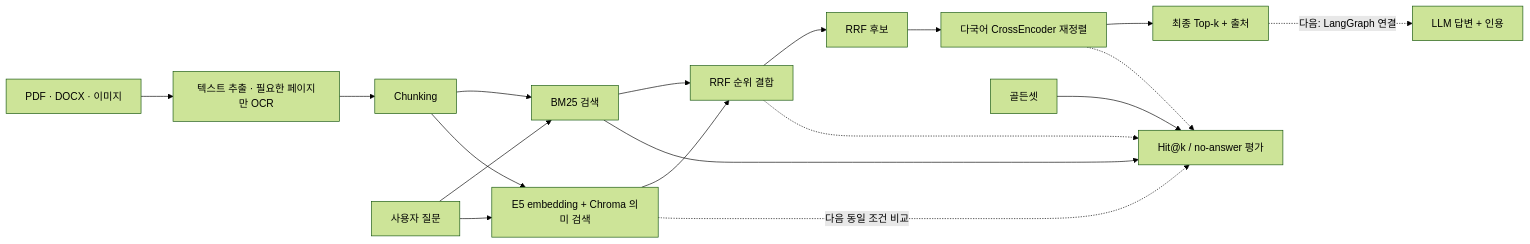
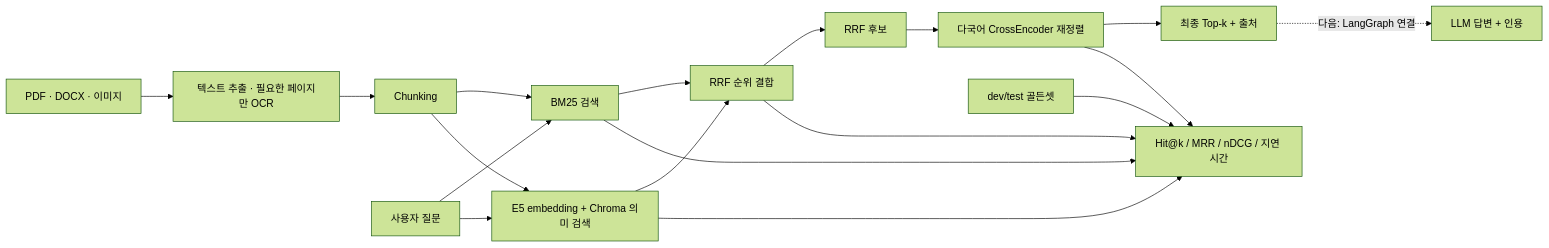
Before and after one commit to hamjinoo/gongo-rag: the diagram in README.md, drawn with Mermaid (forest theme). The commit also changed other lines of this file and 13 other files, not shown here.

````diff
--- a/README.md
+++ b/README.md
@@ -30,20 +31,20 @@
 ```mermaid
 flowchart LR
     A["PDF · DOCX · 이미지"] --> B["텍스트 추출 · 필요한 페이지만 OCR"]
     B --> C["Chunking"]
     C --> D["BM25 검색"]
     C --> E["E5 embedding + Chroma 의미 검색"]
     Q["사용자 질문"] --> D
     Q --> E
     D --> F["RRF 순위 결합"]
     E --> F
     F --> U["RRF 후보"]
     U --> R["다국어 CrossEncoder 재정렬"]
     R --> V["최종 Top-k + 출처"]
     V -. "다음: LangGraph 연결" .-> G["LLM 답변 + 인용"]
-    H["골든셋"] --> I["Hit@k / no-answer 평가"]
+    H["dev/test 골든셋"] --> I["Hit@k / MRR / nDCG / 지연 시간"]
     D --> I
-    E -. "다음 동일 조건 비교" .-> I
-    F -.-> I
-    R -.-> I
+    E --> I
+    F --> I
+    R --> I
 ```
````
